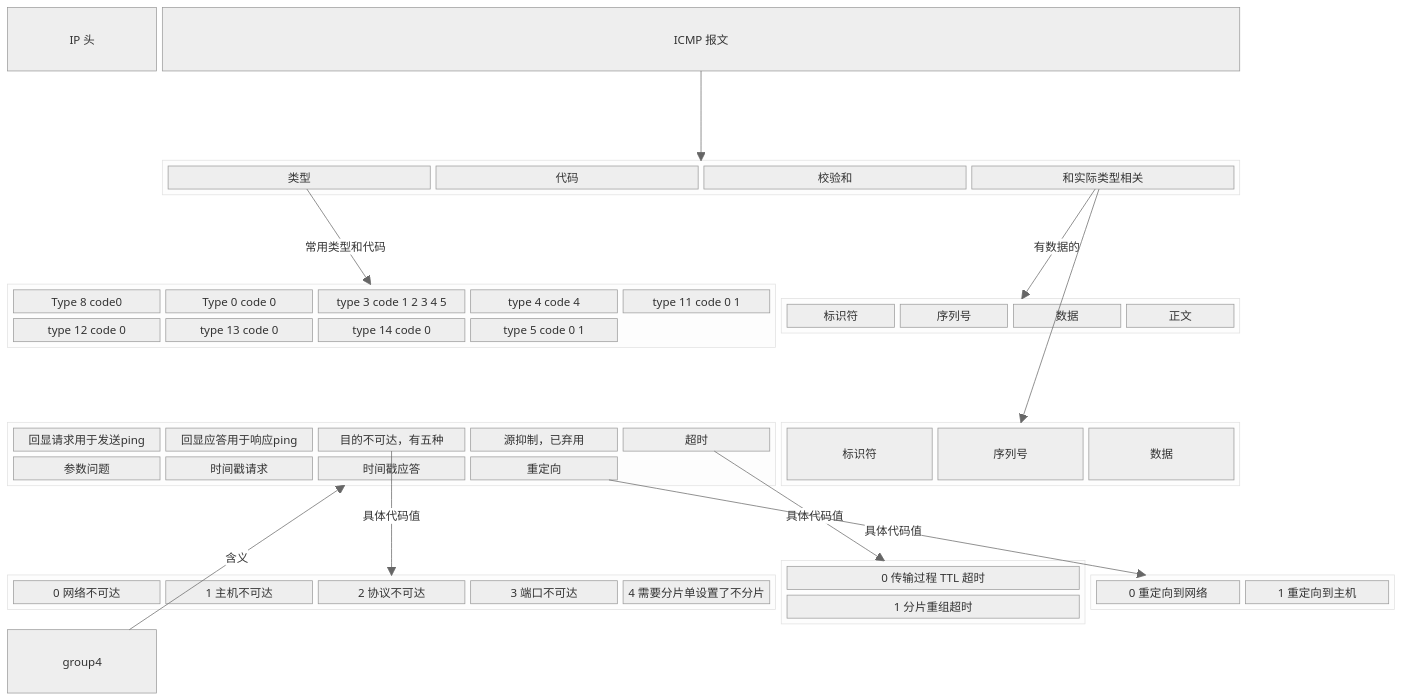
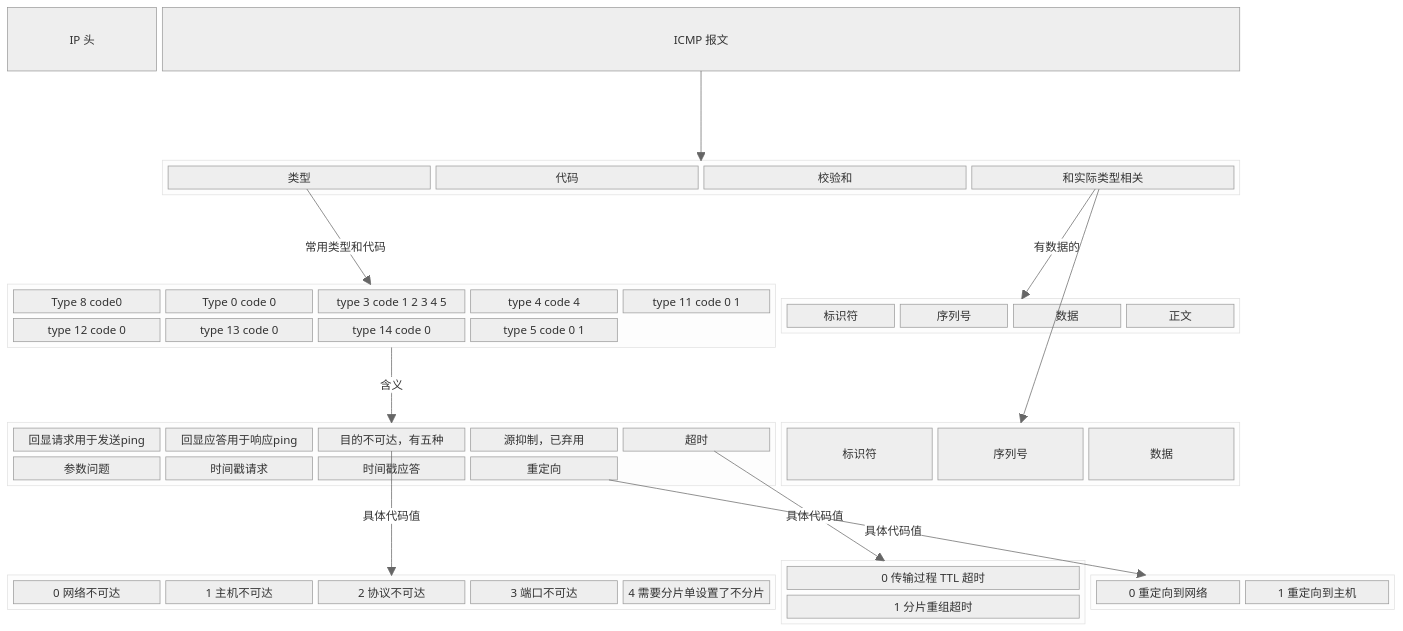
One commit to kyriejoshua/network-protocol-notes changed the first of 8 diagrams in lib/底层网络知识之从二层到三层/ICMP and Ping.md. Above: the diagram before and after it, drawn with Mermaid (neutral theme). The commit also changed other lines of this file, not shown here.

Commit message:
:page_facing_up: 更新ICMP相关图

````diff
--- a/lib/底层网络知识之从二层到三层/ICMP and Ping.md
+++ b/lib/底层网络知识之从二层到三层/ICMP and Ping.md
@@ -16,54 +16,54 @@
 ```mermaid
 block-beta
   columns 8
   A["IP 头"]:1
   B["ICMP 报文"]:7
   space:8
   space:1
   block:group1:7
     columns 4
     h["类型"] i["代码"] j["校验和"] k["和实际类型相关"]
   end
   space:8
   block:groupTCS:5
     columns 5
     h1["Type 8 code0"] h2["Type 0 code 0"] h3["type 3 code 1 2 3 4 5"] h4["type 4 code 4"] h5["type 11 code 0 1"] h6["type 12 code 0"] h7["type 13 code 0"] h8["type 14 code 0"] h9["type 5 code 0 1"]
   end
   block:group2:3
     columns 4
     l["标识符"] m["序列号"] n["数据"] o["和实际类型相关"]
   end
   space:8
   block:groupTC:5
     columns 5
     h11["回显请求用于发送ping"] h22["回显应答用于响应ping"] h33["目的不可达，有五种"] h44["源抑制，已弃用"] h55["超时"] h66["参数问题"] h77["时间戳请求"] h88["时间戳应答"] h99["重定向"]
   end
   block:group3:3
     columns 4
     p["标识符"] q["序列号"] r["数据"] o["正文"]
   end
   
   space:8
   block:groupTC3:5
     columns 5
     tc30["0 网络不可达"] tc31["1 主机不可达"] tc32["2 协议不可达"] tc33["3 端口不可达"] tc34["4 需要分片单设置了不分片"]
   end
   
   block:groupTC11:2
     columns 1
     tc110["0 传输过程 TTL 超时"] tc1111["1 分片重组超时"] 
   end
 
   block:groupTC5:2
     columns 2
     tc50["0 重定向到网络"] tc51["1 重定向到主机"] 
   end
   B --> group1
   k --"有数据的"--> group2
   k --> group3
   h --"常用类型和代码"--> groupTCS
-  group4 --"含义"--> groupTC
+  groupTCS --"含义"--> groupTC
   h33 --"具体代码值"--> groupTC3
   h55 --"具体代码值"--> groupTC11
   h99 --"具体代码值"--> groupTC5
 ```
````
